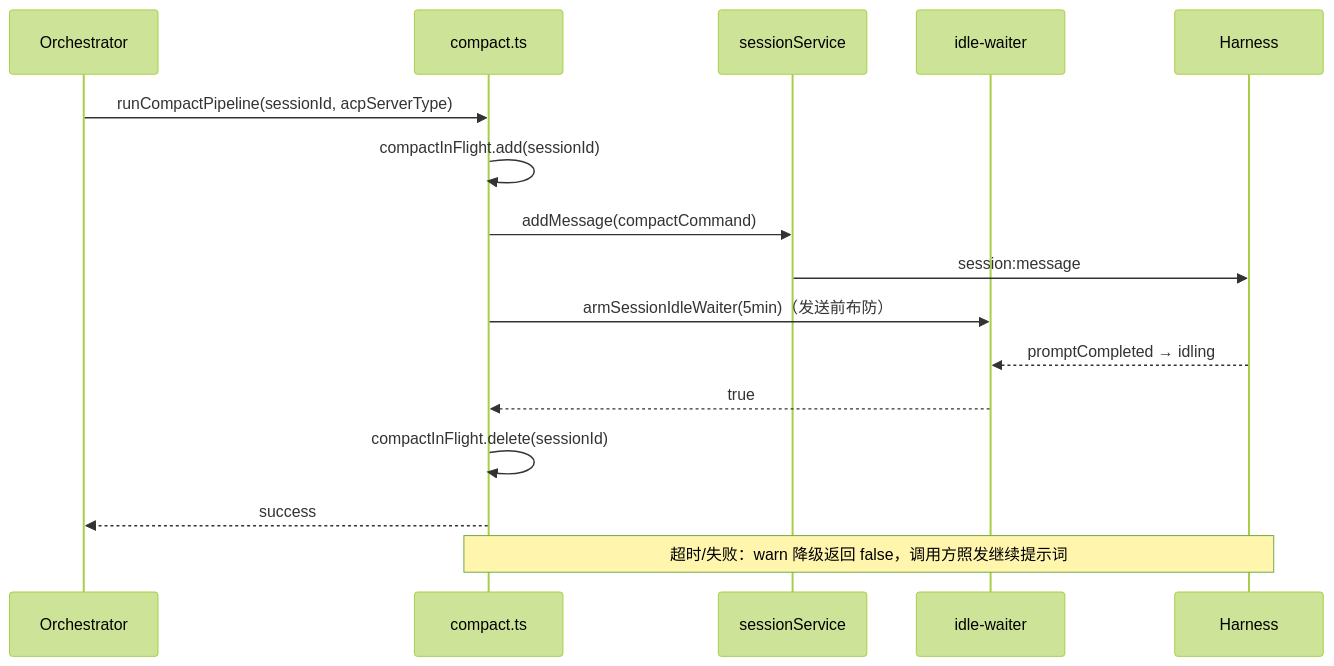
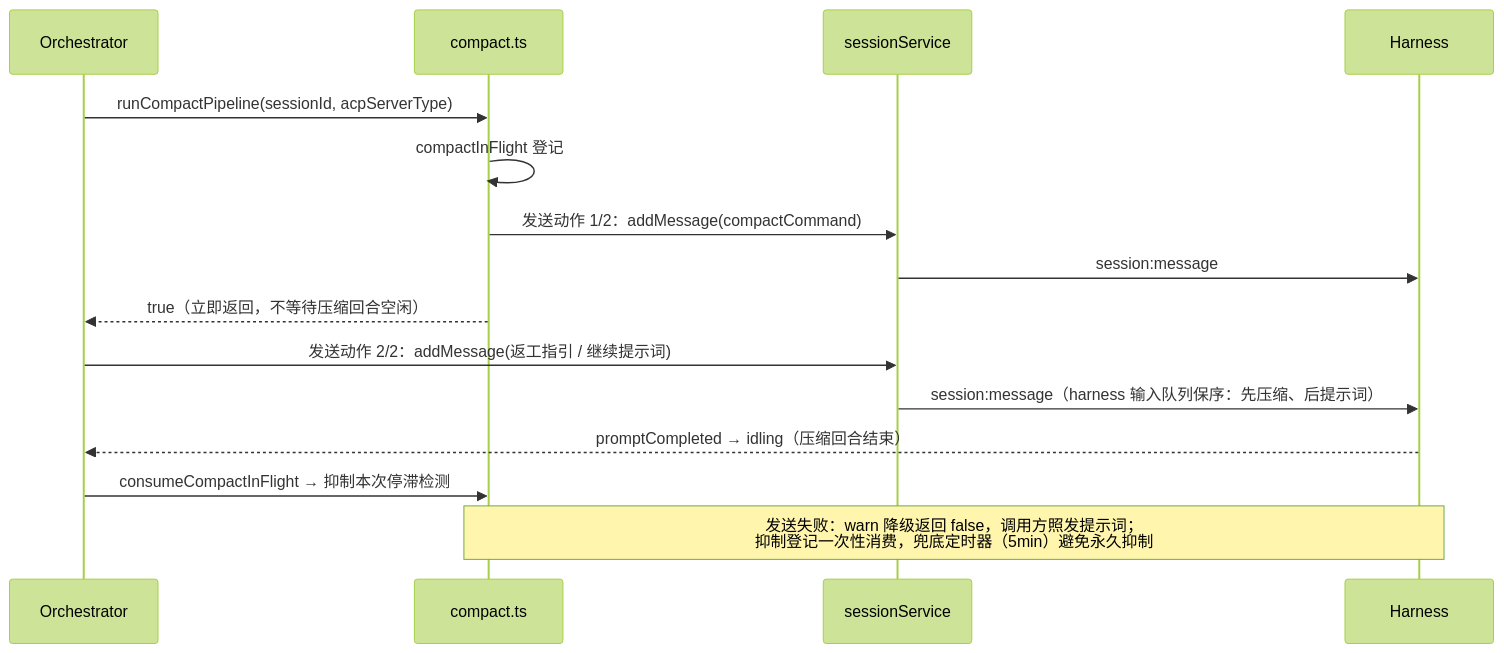
The fifth of 5 diagrams in docs/engineering/proposals/20261115-feat-workflow-reject-rework-session-behavior.md (Deliay/z-agent-gear), drawn with Mermaid (forest theme) before and after one commit. The commit also changed other lines of this file and 6 other files, not shown here.

````diff
--- a/docs/engineering/proposals/20261115-feat-workflow-reject-rework-session-behavior.md
+++ b/docs/engineering/proposals/20261115-feat-workflow-reject-rework-session-behavior.md
@@ -269,18 +269,17 @@
 ```mermaid
 sequenceDiagram
     participant O as Orchestrator
     participant C as compact.ts
     participant S as sessionService
-    participant W as idle-waiter
     participant H as Harness
     O->>C: runCompactPipeline(sessionId, acpServerType)
-    C->>C: compactInFlight.add(sessionId)
-    C->>S: addMessage(compactCommand)
+    C->>C: compactInFlight 登记
+    C->>S: 发送动作 1/2：addMessage(compactCommand)
     S->>H: session:message
-    C->>W: armSessionIdleWaiter(5min)（发送前布防）
-    H-->>W: promptCompleted → idling
-    W-->>C: true
-    C->>C: compactInFlight.delete(sessionId)
-    C-->>O: success
-    Note over C,H: 超时/失败：warn 降级返回 false，调用方照发继续提示词
+    C-->>O: true（立即返回，不等待压缩回合空闲）
+    O->>S: 发送动作 2/2：addMessage(返工指引 / 继续提示词)
+    S->>H: session:message（harness 输入队列保序：先压缩、后提示词）
+    H-->>O: promptCompleted → idling（压缩回合结束）
+    O->>C: consumeCompactInFlight → 抑制本次停滞检测
+    Note over C,H: 发送失败：warn 降级返回 false，调用方照发提示词；<br/>抑制登记一次性消费，兜底定时器（5min）避免永久抑制
 ```
````
